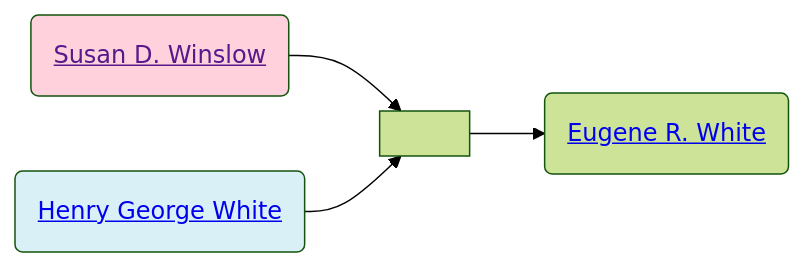
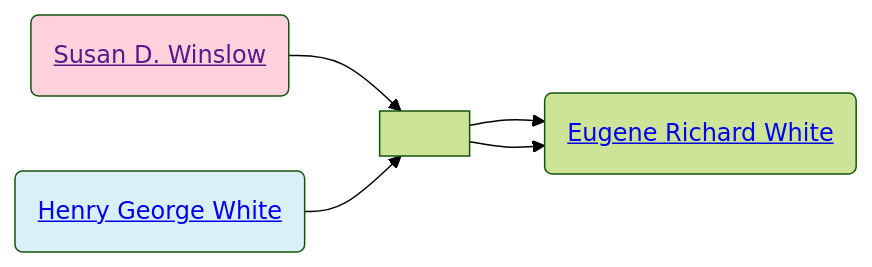
Before and after one commit to neelsmith/avocational: the diagram in familyhistory/sources/people/Merrill-line/White-line/Susan_D._Winslow.qmd, drawn with Mermaid (forest theme). The commit also changed other lines of this file and 46 other files, not shown here.

````diff
--- a/familyhistory/sources/people/Merrill-line/White-line/Susan_D._Winslow.qmd
+++ b/familyhistory/sources/people/Merrill-line/White-line/Susan_D._Winslow.qmd
@@ -26,14 +28,17 @@
 ```{mermaid}
 graph LR
 %% LR descendant diagram
 class Susan_D._Winslow_and_Henry_George_White marriage
 Susan_D._Winslow(<a href=''>Susan D. Winslow</>) --> Susan_D._Winslow_and_Henry_George_White[ ]
 Henry_George_White(<a href='./Henry_George_White.html'>Henry George White</>) --> Susan_D._Winslow_and_Henry_George_White(( ))
 class Henry_George_White father
 class Susan_D._Winslow mother
-Susan_D._Winslow_and_Henry_George_White[ ] --> Eugene_R._White(<a href='./Eugene_R._White.html'>Eugene R. White</>)
+Susan_D._Winslow_and_Henry_George_White[ ] --> Eugene_Richard_White(<a href='./Eugene_Richard_White.html'>Eugene Richard White</>)
+class Henry_George_White father
+class Susan_D._Winslow mother
+Susan_D._Winslow_and_Henry_George_White[ ] --> Eugene_Richard_White(<a href='./Eugene_Richard_White.html'>Eugene Richard White</>)
 classDef mother fill:#ffd1dc
 classDef father fill:#daf0f7  
 classDef marriage fill:#ffffff
 
 ```
````
